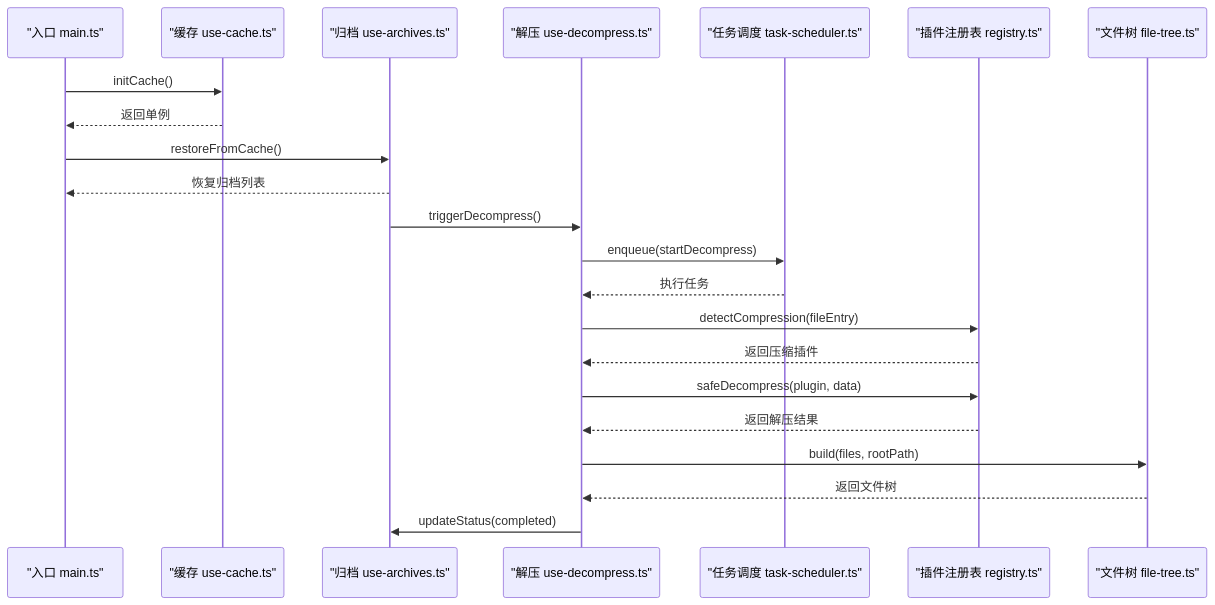
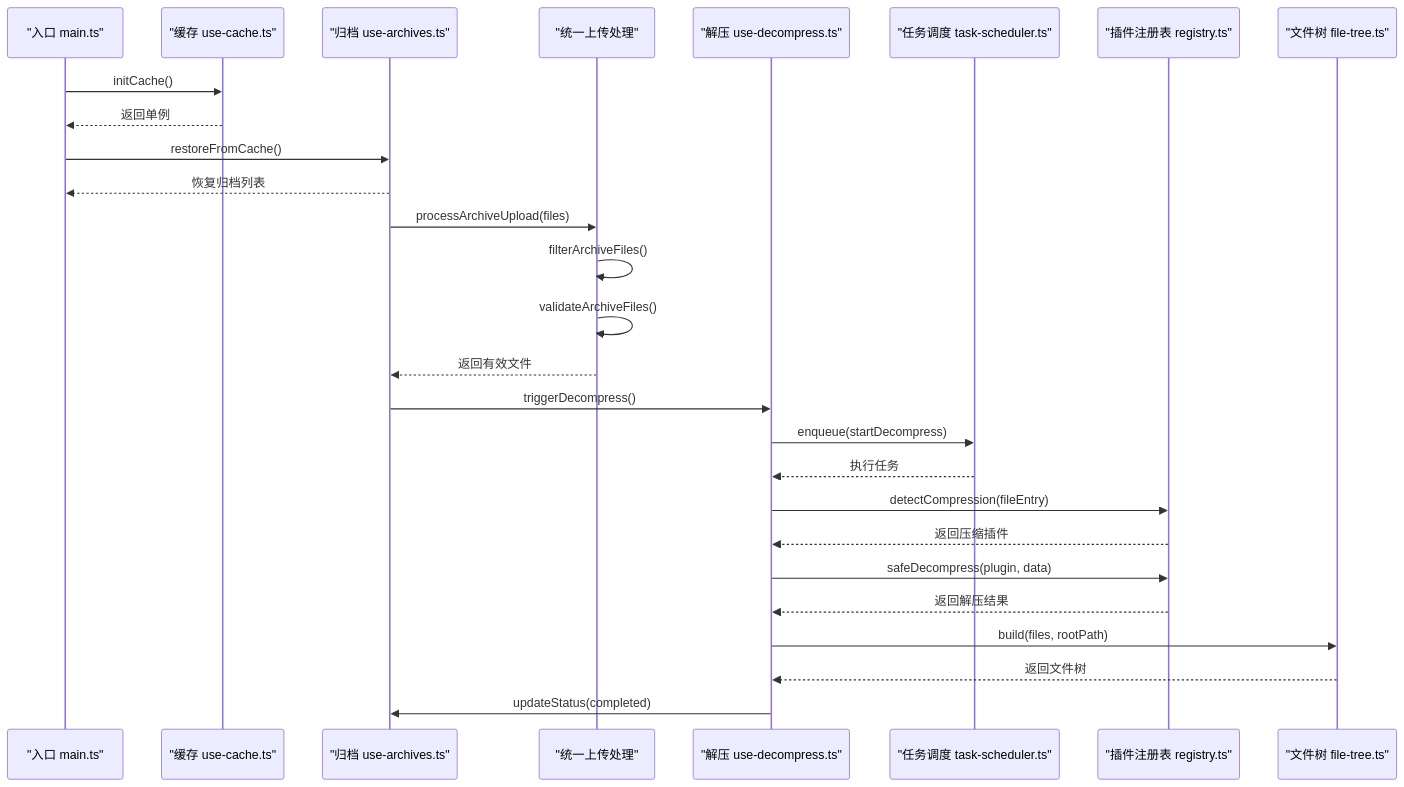
The second of 13 diagrams in .qoder/repowiki/zh/content/核心模块/归档工具函数.md (taoweidong/Hello-Tauri), drawn with Mermaid before and after one commit. The commit also changed other lines of this file and 67 other files, not shown here.

````diff
--- a/.qoder/repowiki/zh/content/核心模块/归档工具函数.md
+++ b/.qoder/repowiki/zh/content/核心模块/归档工具函数.md
@@ -117,24 +132,29 @@
 ```mermaid
 sequenceDiagram
 participant Main as "入口 main.ts"
 participant Cache as "缓存 use-cache.ts"
 participant Archives as "归档 use-archives.ts"
+participant Upload as "统一上传处理"
 participant Decompress as "解压 use-decompress.ts"
 participant Scheduler as "任务调度 task-scheduler.ts"
 participant Registry as "插件注册表 registry.ts"
 participant Tree as "文件树 file-tree.ts"
 Main->>Cache : initCache()
 Cache-->>Main : 返回单例
 Main->>Archives : restoreFromCache()
 Archives-->>Main : 恢复归档列表
+Archives->>Upload : processArchiveUpload(files)
+Upload->>Upload : filterArchiveFiles()
+Upload->>Upload : validateArchiveFiles()
+Upload-->>Archives : 返回有效文件
 Archives->>Decompress : triggerDecompress()
 Decompress->>Scheduler : enqueue(startDecompress)
 Scheduler-->>Decompress : 执行任务
 Decompress->>Registry : detectCompression(fileEntry)
 Registry-->>Decompress : 返回压缩插件
 Decompress->>Registry : safeDecompress(plugin, data)
 Registry-->>Decompress : 返回解压结果
 Decompress->>Tree : build(files, rootPath)
 Tree-->>Decompress : 返回文件树
 Decompress->>Archives : updateStatus(completed)
 ```
````
